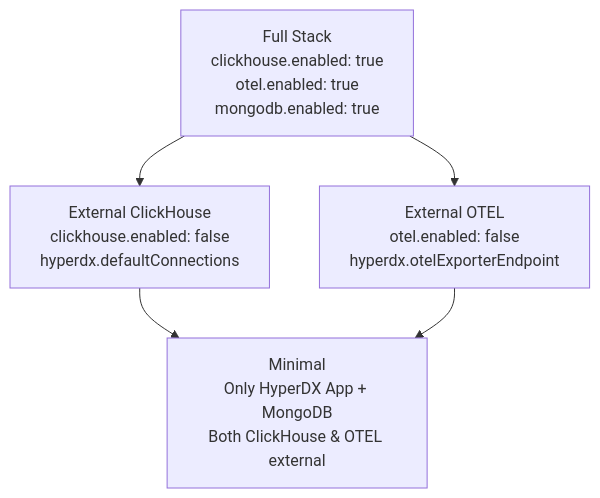
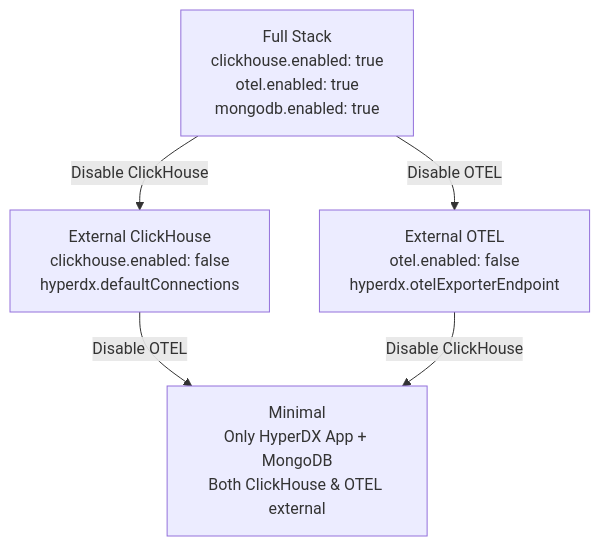
Before and after one commit to openchoreo/openchoreo: the fourth of 4 diagrams in docs/hyperdxio-helm-charts-docs/Overview.md, drawn with Mermaid. The commit also changed other lines of this file and 85 other files, not shown here.

Commit message:
feat: Add new workflow and specification templates, update Helm chart dependencies, and clarify documentation diagrams.

````diff
--- a/docs/hyperdxio-helm-charts-docs/Overview.md
+++ b/docs/hyperdxio-helm-charts-docs/Overview.md
@@ -308,13 +308,13 @@
 ```mermaid
 flowchart TD
 
 FullStack["Full Stack<br>clickhouse.enabled: true<br>otel.enabled: true<br>mongodb.enabled: true"]
 ExtCH["External ClickHouse<br>clickhouse.enabled: false<br>hyperdx.defaultConnections"]
 ExtOTEL["External OTEL<br>otel.enabled: false<br>hyperdx.otelExporterEndpoint"]
 Minimal["Minimal<br>Only HyperDX App + MongoDB<br>Both ClickHouse & OTEL external"]
 
-FullStack --> ExtCH
-FullStack --> ExtOTEL
-ExtCH --> Minimal
-ExtOTEL --> Minimal
+FullStack -->|"Disable ClickHouse"| ExtCH
+FullStack -->|"Disable OTEL"| ExtOTEL
+ExtCH -->|"Disable OTEL"| Minimal
+ExtOTEL -->|"Disable ClickHouse"| Minimal
 ```
````
